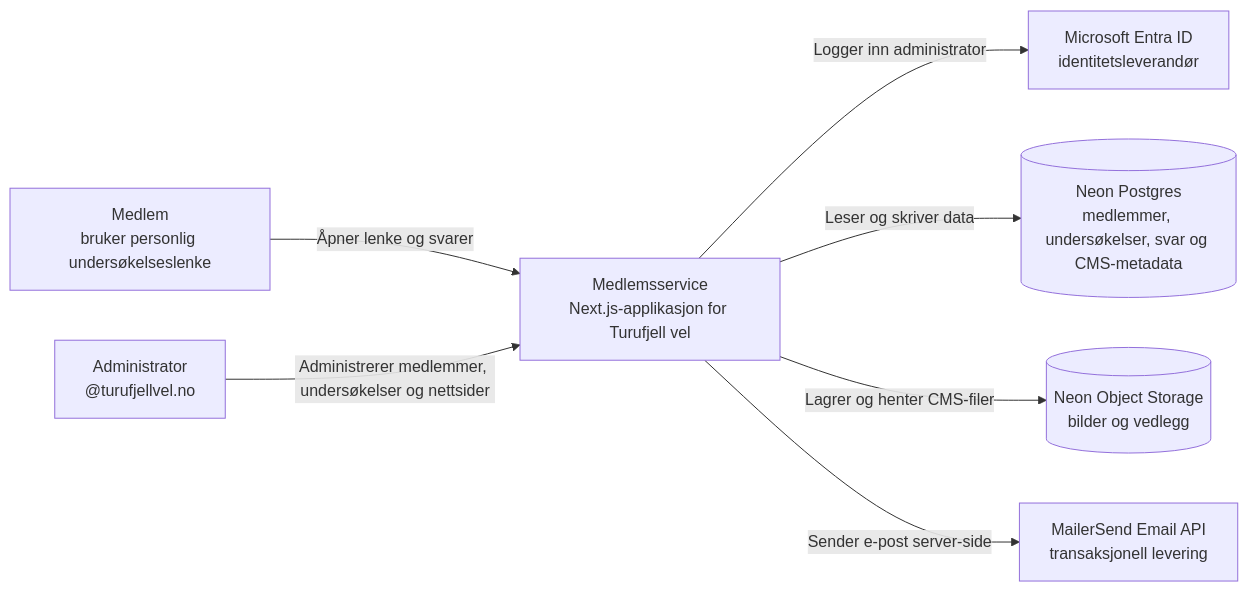
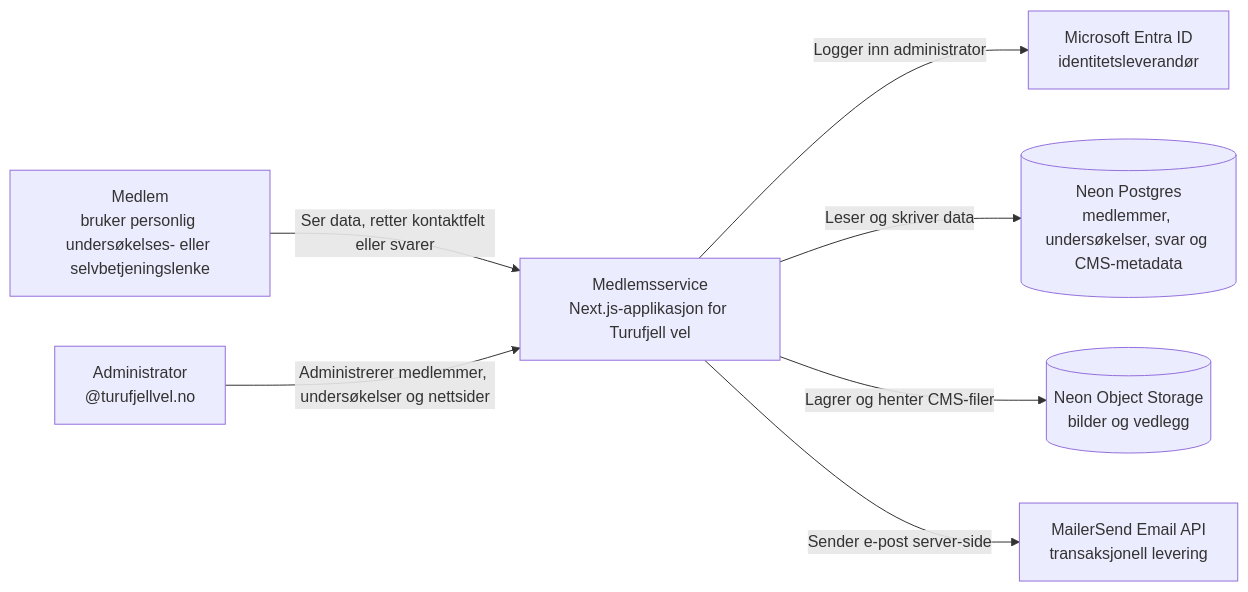
Before and after one commit to ibjohansen/tfv-poll: the first of 6 diagrams in README.md, drawn with Mermaid. The commit also changed other lines of this file and 29 other files, not shown here.

````diff
--- a/README.md
+++ b/README.md
@@ -56,17 +61,17 @@
 ```mermaid
 flowchart LR
-  member["Medlem\nbruker personlig undersøkelseslenke"]
+  member["Medlem\nbruker personlig undersøkelses- eller selvbetjeningslenke"]
   admin["Administrator\n@turufjellvel.no"]
   app["Medlemsservice\nNext.js-applikasjon for Turufjell vel"]
   entra["Microsoft Entra ID\nidentitetsleverandør"]
   neon[("Neon Postgres\nmedlemmer, undersøkelser, svar og CMS-metadata")]
   storage[("Neon Object Storage\nbilder og vedlegg")]
   mailer["MailerSend Email API\ntransaksjonell levering"]
 
-  member -->|"Åpner lenke og svarer"| app
+  member -->|"Ser data, retter kontaktfelt eller svarer"| app
   admin -->|"Administrerer medlemmer, undersøkelser og nettsider"| app
   app -->|"Logger inn administrator"| entra
   app -->|"Leser og skriver data"| neon
   app -->|"Lagrer og henter CMS-filer"| storage
   app -->|"Sender e-post server-side"| mailer
 ```
````
